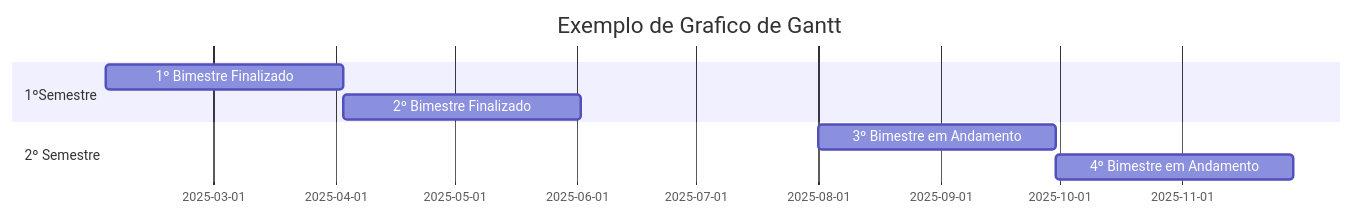
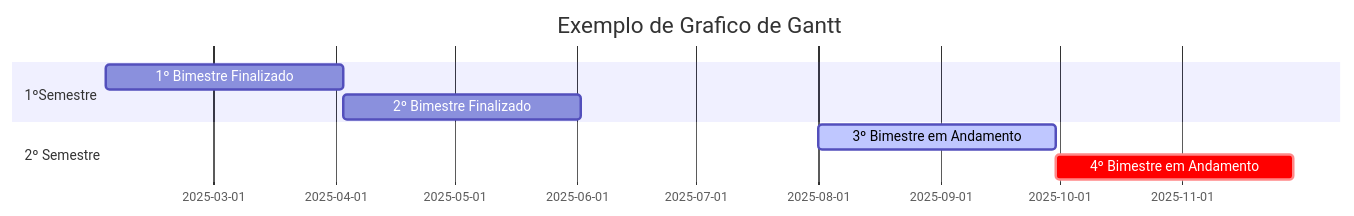
The third of 3 diagrams in README.md (BDlucca/Grafico-Gannt), drawn with Mermaid before and after one commit.

````diff
--- a/README.md
+++ b/README.md
@@ -18,11 +18,11 @@
 ```mermaid
 gantt
   title Exemplo de Grafico de Gantt
   dateFormat YYYY-MM-DD
   section 1ºSemestre
   1º Bimestre Finalizado:a1, 2025-02-02, 60d
   2º Bimestre Finalizado:a2, after a1, 60d
   section 2º Semestre
-  3º Bimestre em Andamento: a3, 2025-08-01, 60d
-  4º Bimestre em Andamento: a4, after a3, 60d
+  3º Bimestre em Andamento:active, a3, 2025-08-01, 60d
+  4º Bimestre em Andamento:crit, a4, after a3, 60d
 ```
````
